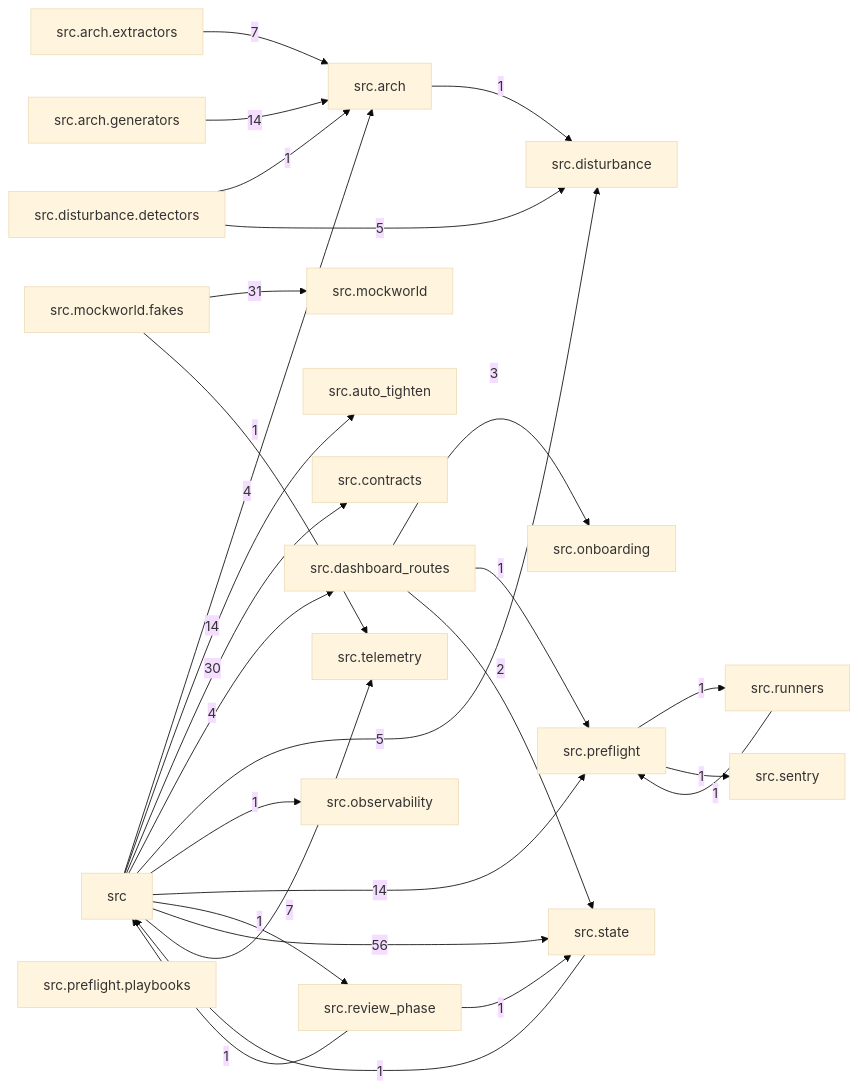
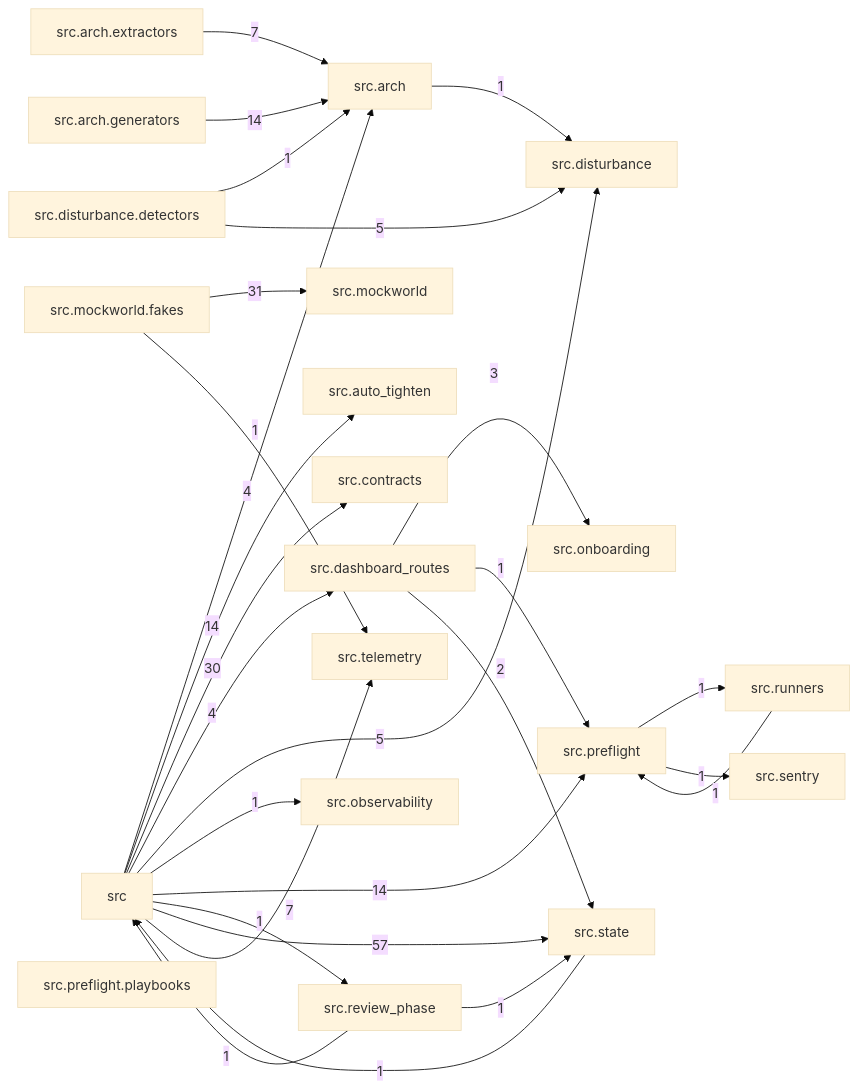
One commit to T-rav/hydraflow changed the diagram in docs/arch/generated/modules.md. Above: the diagram before and after it, drawn with Mermaid (base theme). The commit also changed 27 other files, not shown here.

````diff
--- a/docs/arch/generated/modules.md
+++ b/docs/arch/generated/modules.md
@@ -7,49 +7,49 @@
 ```mermaid
 graph LR
     src["src"]
     src_arch["src.arch"]
     src_arch_extractors["src.arch.extractors"]
     src_arch_generators["src.arch.generators"]
     src_auto_tighten["src.auto_tighten"]
     src_contracts["src.contracts"]
     src_dashboard_routes["src.dashboard_routes"]
     src_disturbance["src.disturbance"]
     src_disturbance_detectors["src.disturbance.detectors"]
     src_mockworld["src.mockworld"]
     src_mockworld_fakes["src.mockworld.fakes"]
     src_observability["src.observability"]
     src_onboarding["src.onboarding"]
     src_preflight["src.preflight"]
     src_preflight_playbooks["src.preflight.playbooks"]
     src_review_phase["src.review_phase"]
     src_runners["src.runners"]
     src_sentry["src.sentry"]
     src_state["src.state"]
     src_telemetry["src.telemetry"]
     src -- "4" --> src_arch
     src -- "14" --> src_auto_tighten
     src -- "30" --> src_contracts
     src -- "4" --> src_dashboard_routes
     src -- "5" --> src_disturbance
     src -- "1" --> src_observability
     src -- "14" --> src_preflight
     src -- "1" --> src_review_phase
-    src -- "56" --> src_state
+    src -- "57" --> src_state
     src -- "7" --> src_telemetry
     src_arch -- "1" --> src_disturbance
     src_arch_extractors -- "7" --> src_arch
     src_arch_generators -- "14" --> src_arch
     src_dashboard_routes -- "3" --> src_onboarding
     src_dashboard_routes -- "1" --> src_preflight
     src_dashboard_routes -- "2" --> src_state
     src_disturbance_detectors -- "1" --> src_arch
     src_disturbance_detectors -- "5" --> src_disturbance
     src_mockworld_fakes -- "31" --> src_mockworld
     src_mockworld_fakes -- "1" --> src_telemetry
     src_preflight -- "1" --> src_runners
     src_preflight -- "1" --> src_sentry
     src_review_phase -- "1" --> src
     src_review_phase -- "1" --> src_state
     src_runners -- "1" --> src_preflight
     src_state -- "1" --> src
 ```
````
